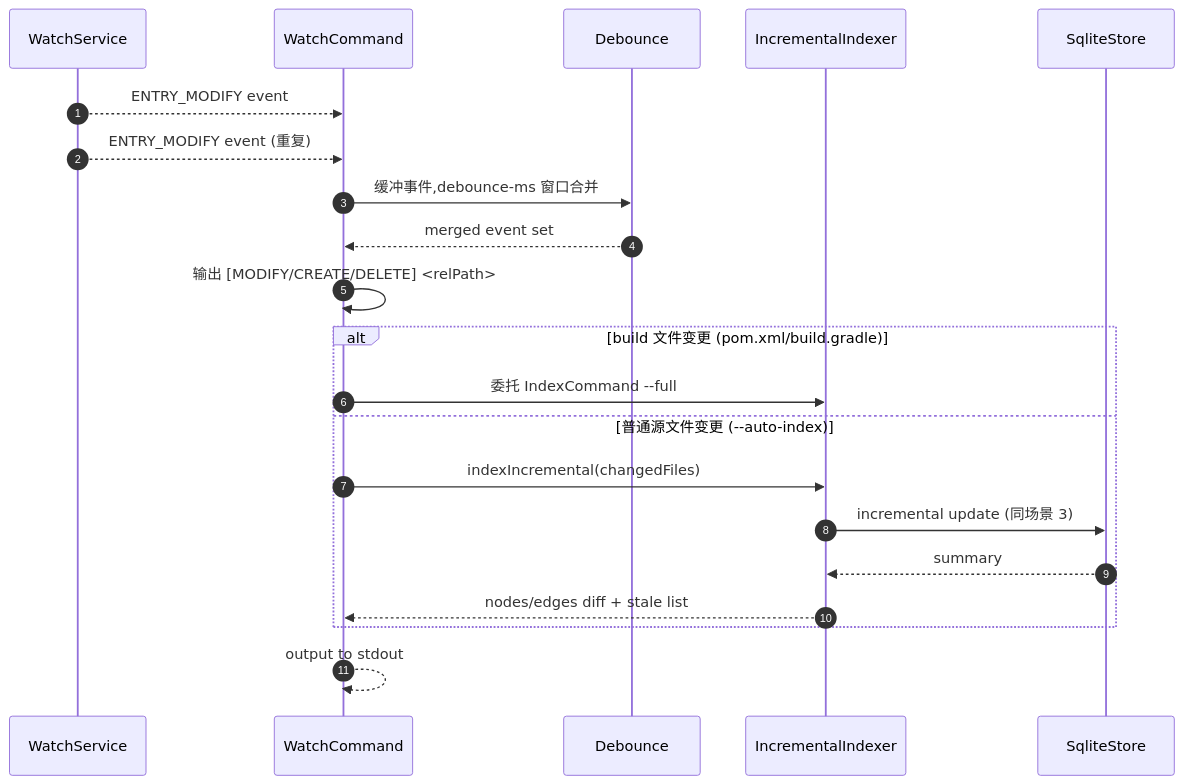
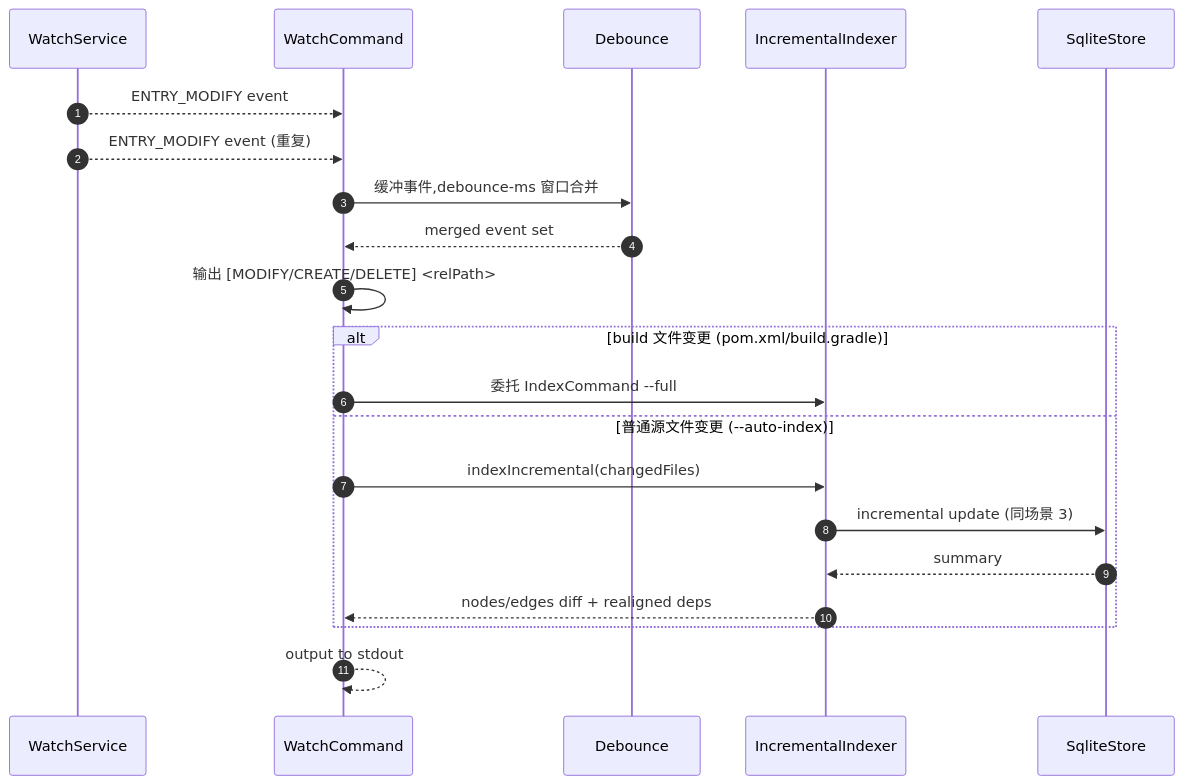
One commit to stream-iori/anatomist changed the sixth of 7 diagrams in .diorama/knowledge/facts/domain-model.md. Above: the diagram before and after it, drawn with Mermaid. The commit also changed other lines of this file and 12 other files, not shown here.

````diff
--- a/.diorama/knowledge/facts/domain-model.md
+++ b/.diorama/knowledge/facts/domain-model.md
@@ -257,24 +259,24 @@
 ```mermaid
 sequenceDiagram
     autonumber
     participant FS as WatchService
     participant W as WatchCommand
     participant DB as Debounce
     participant CLI as IncrementalIndexer
     participant SS as SqliteStore
 
     FS-->>W: ENTRY_MODIFY event
     FS-->>W: ENTRY_MODIFY event (重复)
     W->>DB: 缓冲事件,debounce-ms 窗口合并
     DB-->>W: merged event set
     W->>W: 输出 [MODIFY/CREATE/DELETE] <relPath>
     alt build 文件变更 (pom.xml/build.gradle)
         W->>CLI: 委托 IndexCommand --full
     else 普通源文件变更 (--auto-index)
         W->>CLI: indexIncremental(changedFiles)
         CLI->>SS: incremental update (同场景 3)
         SS-->>CLI: summary
-        CLI-->>W: nodes/edges diff + stale list
+        CLI-->>W: nodes/edges diff + realigned deps
     end
     W-->>W: output to stdout
 ```
````
